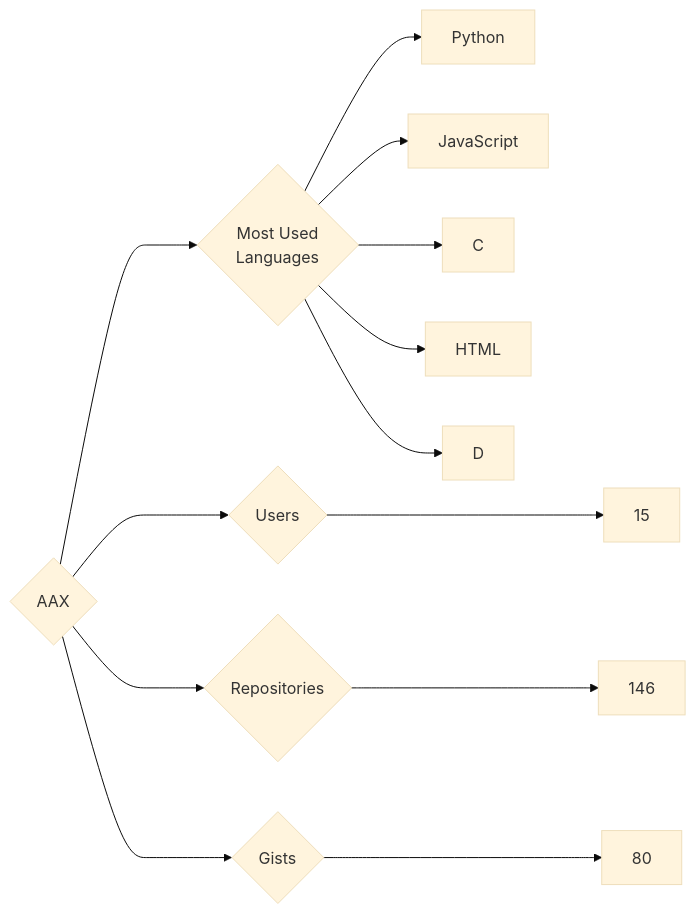
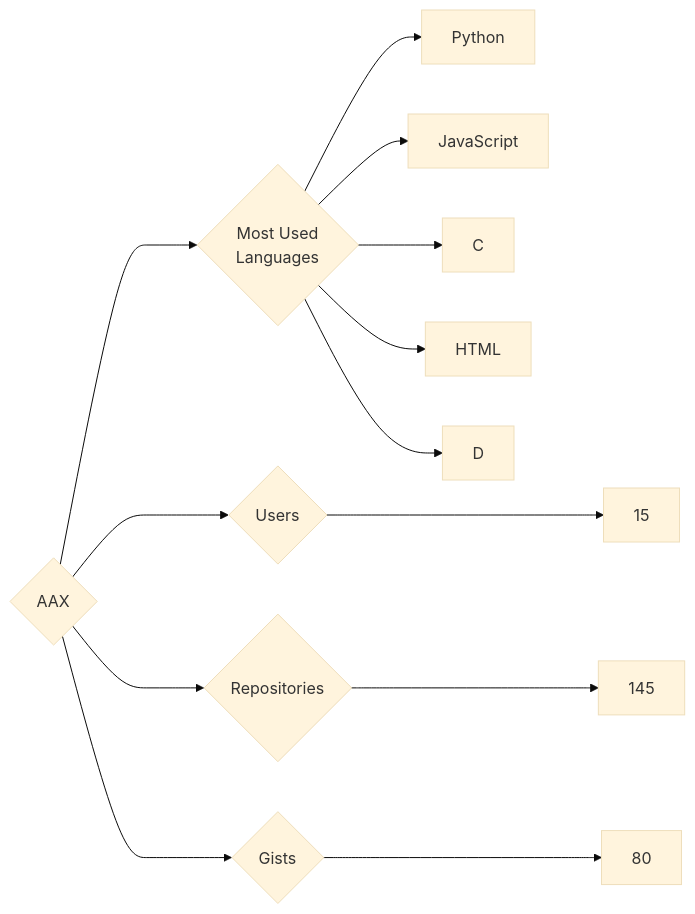
The diagram in targets/AAX/README.md (nenadzaric/insiders), drawn with Mermaid (base theme) before and after one commit. The commit also changed 18 other files, not shown here.

````diff
--- a/targets/AAX/README.md
+++ b/targets/AAX/README.md
@@ -3,13 +3,13 @@
 ```mermaid
 graph LR
 COMPANY_NAME{AAX}
 COMPANY_NAME ---> U{Users} ---> UN[15]
-COMPANY_NAME ---> R{Repositories} ---> RN[146]
+COMPANY_NAME ---> R{Repositories} ---> RN[145]
 COMPANY_NAME ---> G{Gists} ---> GN[80]
 COMPANY_NAME ---> ML{Most Used<br>Languages}
 ML --> Python[Python]
 ML --> JavaScript[JavaScript]
 ML --> C[C]
 ML --> HTML[HTML]
 ML --> D[D]
 ```
````
